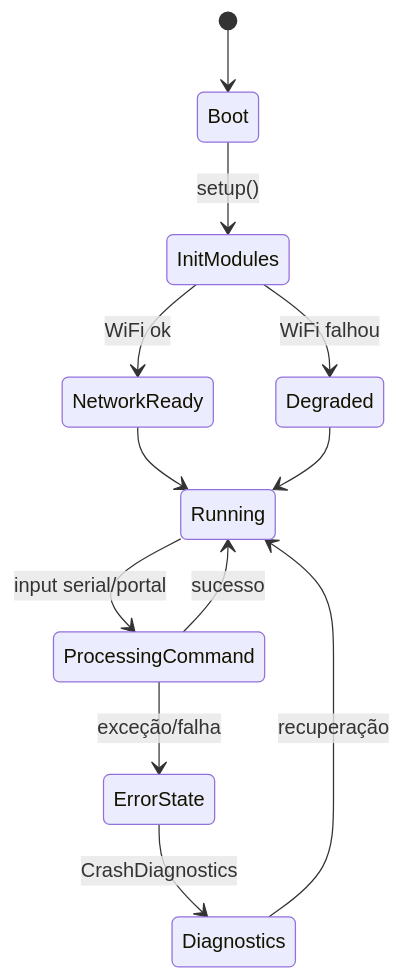
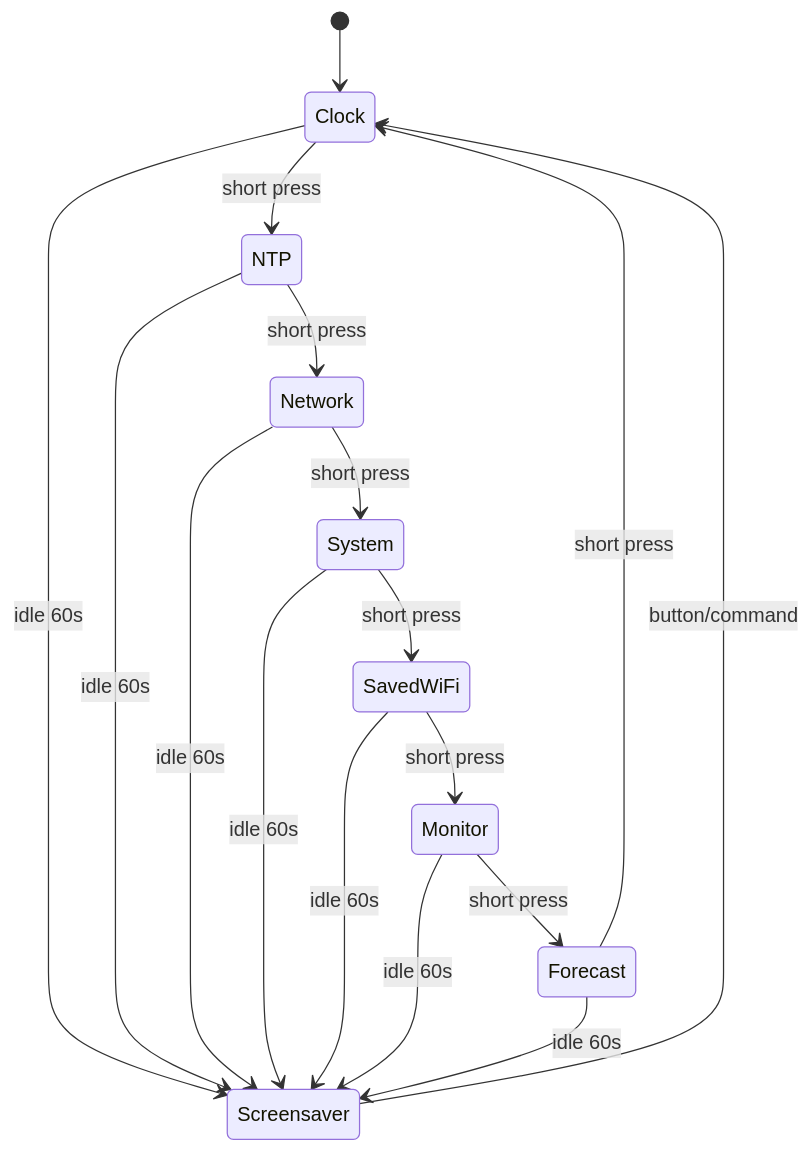
The fourth of 7 diagrams in README.md (paulocfmarques-collab/M5AtomS3R), drawn with Mermaid before and after one commit. The commit also changed other lines of this file, not shown here.

Commit message:
docs: replace README with premium architecture-rich documentation

````diff
--- a/README.md
+++ b/README.md
@@ -190,14 +222,20 @@
 ```mermaid
 stateDiagram-v2
-    [*] --> Boot
-    Boot --> InitModules: setup()
-    InitModules --> NetworkReady: WiFi ok
-    InitModules --> Degraded: WiFi falhou
-    NetworkReady --> Running
-    Degraded --> Running
-    Running --> ProcessingCommand: input serial/portal
-    ProcessingCommand --> Running: sucesso
-    ProcessingCommand --> ErrorState: exceção/falha
-    ErrorState --> Diagnostics: CrashDiagnostics
-    Diagnostics --> Running: recuperação
+    [*] --> Clock
+    Clock --> NTP: short press
+    NTP --> Network: short press
+    Network --> System: short press
+    System --> SavedWiFi: short press
+    SavedWiFi --> Monitor: short press
+    Monitor --> Forecast: short press
+    Forecast --> Clock: short press
+
+    Clock --> Screensaver: idle 60s
+    NTP --> Screensaver: idle 60s
+    Network --> Screensaver: idle 60s
+    System --> Screensaver: idle 60s
+    SavedWiFi --> Screensaver: idle 60s
+    Monitor --> Screensaver: idle 60s
+    Forecast --> Screensaver: idle 60s
+    Screensaver --> Clock: button/command
 ```
````
